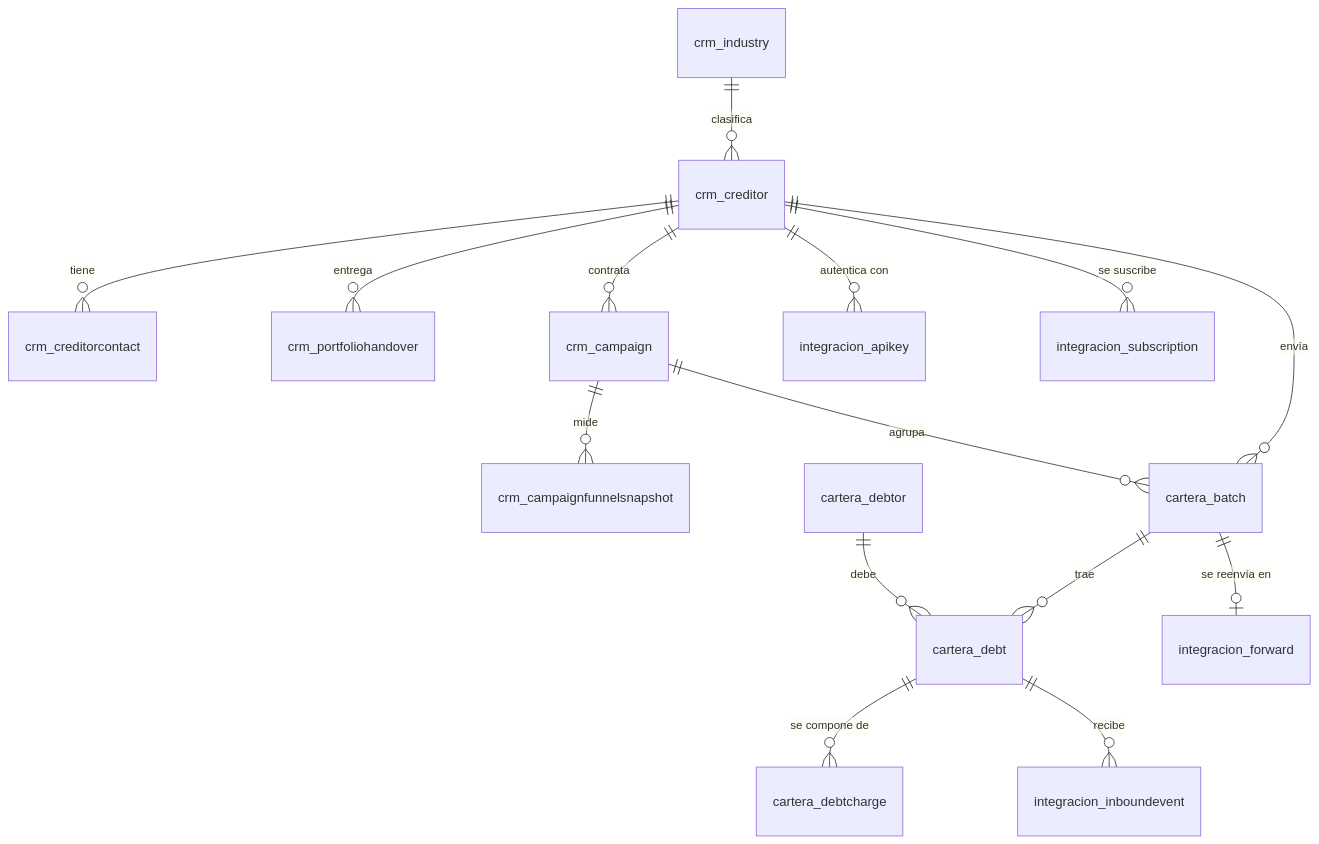
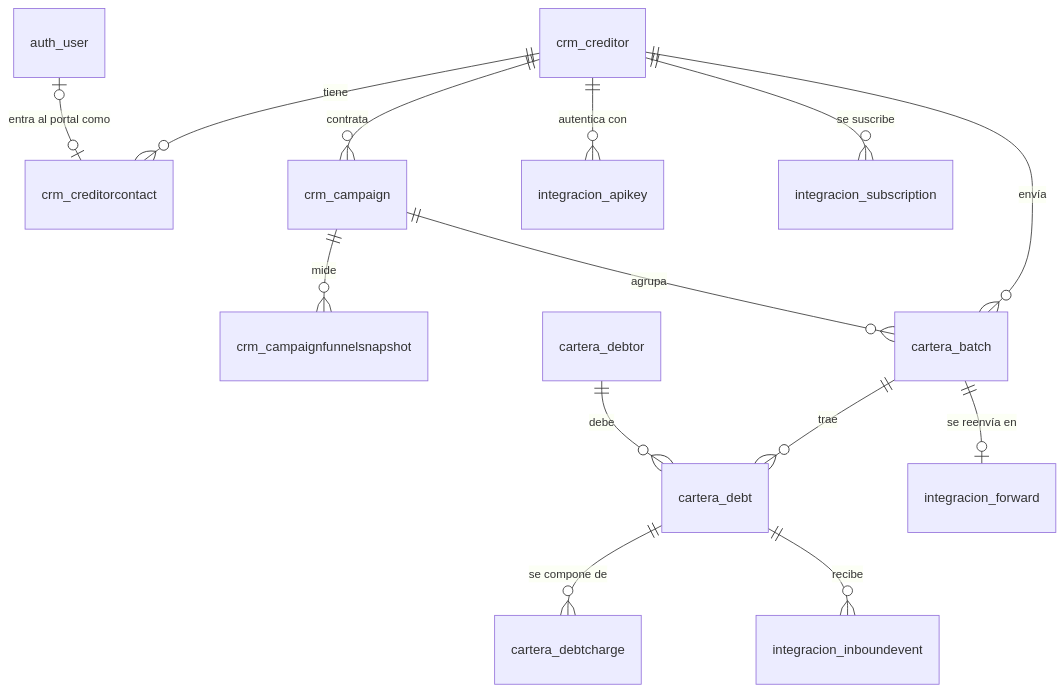
Before and after one commit to TechnicalBridge/APOFYX: the second of 2 diagrams in README.md, drawn with Mermaid. The commit also changed other lines of this file and 57 other files, not shown here.

````diff
--- a/README.md
+++ b/README.md
@@ -358,17 +416,16 @@
 ```mermaid
 erDiagram
-    crm_industry     ||--o{ crm_creditor          : "clasifica"
     crm_creditor     ||--o{ crm_creditorcontact   : "tiene"
-    crm_creditor     ||--o{ crm_portfoliohandover : "entrega"
+    auth_user        |o--o| crm_creditorcontact   : "entra al portal como"
     crm_creditor     ||--o{ crm_campaign          : "contrata"
     crm_campaign     ||--o{ crm_campaignfunnelsnapshot : "mide"
     crm_creditor     ||--o{ cartera_batch         : "envía"
     crm_campaign     ||--o{ cartera_batch         : "agrupa"
     cartera_batch    ||--o{ cartera_debt          : "trae"
     cartera_debtor   ||--o{ cartera_debt          : "debe"
     cartera_debt     ||--o{ cartera_debtcharge    : "se compone de"
     crm_creditor     ||--o{ integracion_apikey    : "autentica con"
     cartera_batch    ||--o| integracion_forward   : "se reenvía en"
     cartera_debt     ||--o{ integracion_inboundevent : "recibe"
     crm_creditor     ||--o{ integracion_subscription : "se suscribe"
 ```
````
